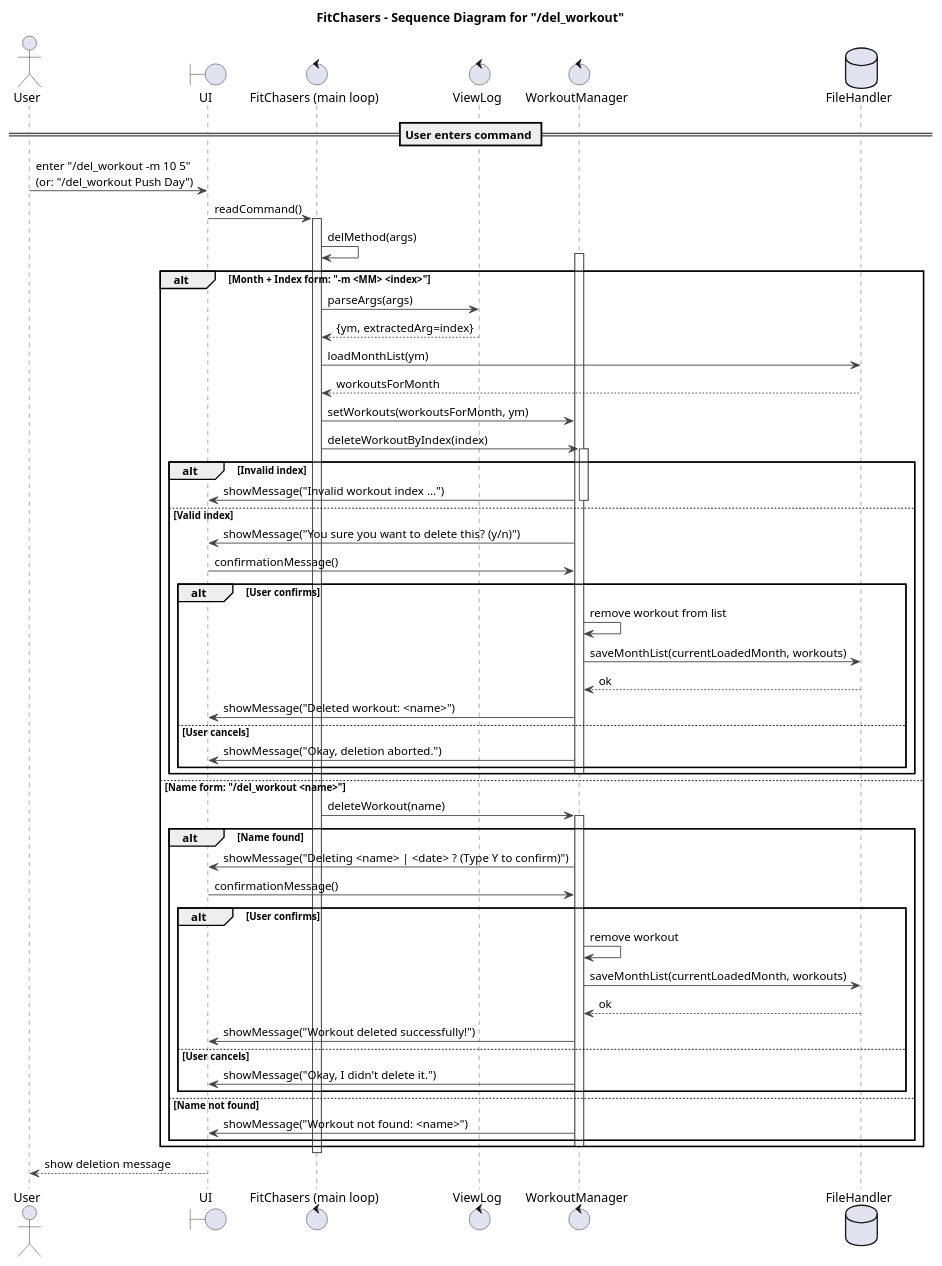
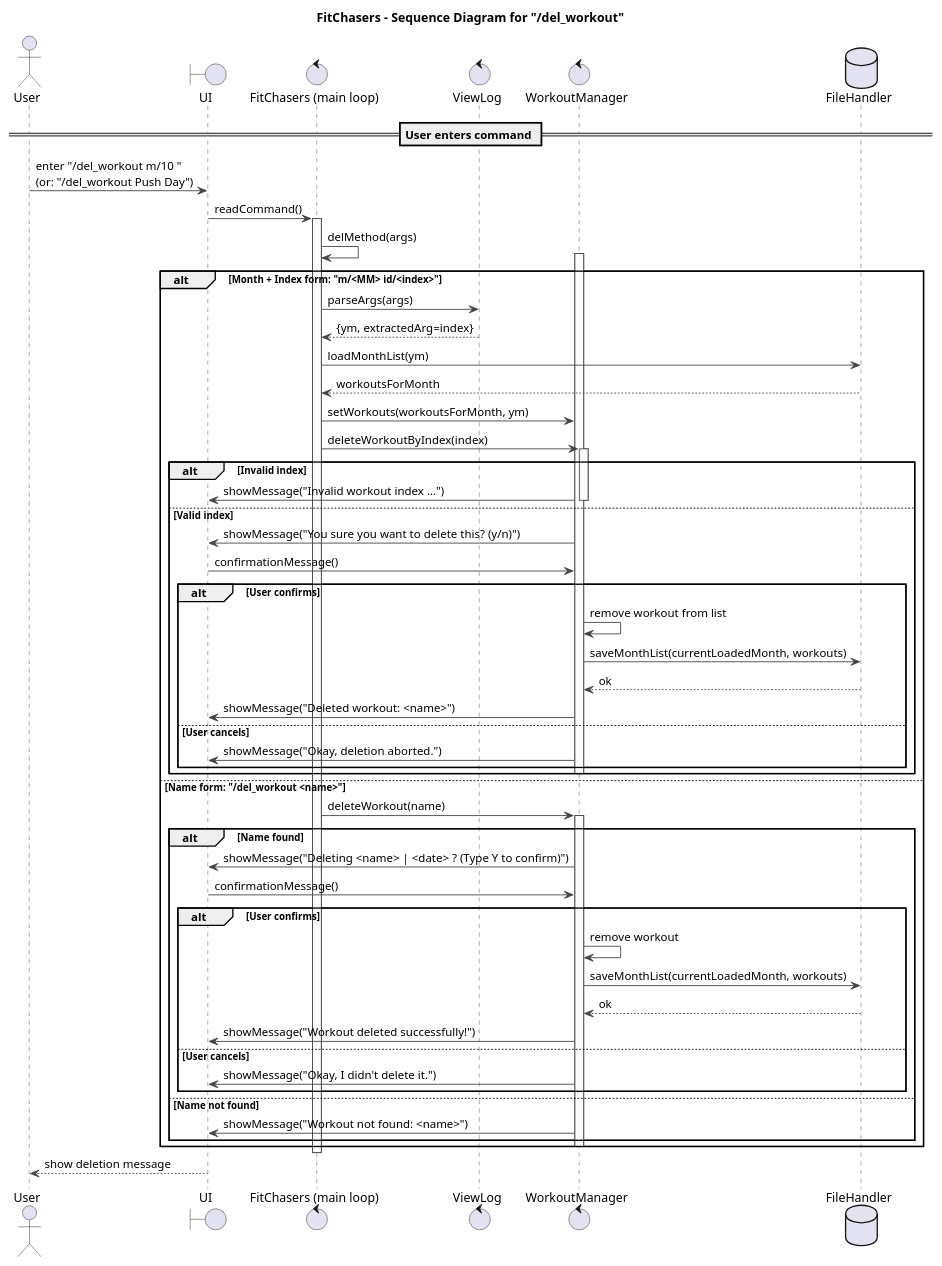
Before and after one commit to Exceptional-Khoi/tp: the diagram in docs/diagrams/UML_del_workout.puml, drawn with PlantUML.

Commit message:
Updated delete uml with new args

```diff
--- a/docs/diagrams/UML_del_workout.puml
+++ b/docs/diagrams/UML_del_workout.puml
@@ -2,87 +2,87 @@
 @startuml
 title FitChasers – Sequence Diagram for "/del_workout"
 
 skinparam shadowing false
 skinparam responseMessageBelowArrow true
 skinparam sequence {
   ArrowColor #444
   LifeLineBorderColor #444
   LifeLineBackgroundColor #FAFAFA
   ParticipantBorderColor #222
   ParticipantBackgroundColor #F7F7F7
   BoxBorderColor #AAA
   BoxBackgroundColor #FFF
   NoteBorderColor #AAA
   NoteBackgroundColor #FFF
 }
 
 actor User
 boundary UI as "UI"
 control FitChasers as "FitChasers (main loop)"
 control VL as "ViewLog"
 control WM as "WorkoutManager"
 database FH as "FileHandler"
 
 == User enters command ==
-User -> UI : enter "/del_workout -m 10 5"\n(or: "/del_workout Push Day")
+User -> UI : enter "/del_workout m/10 "\n(or: "/del_workout Push Day")
 UI -> FitChasers : readCommand()
 activate FitChasers
 
 FitChasers -> FitChasers : delMethod(args)
 activate WM #white
 
-alt Month + Index form: "-m <MM> <index>"
+alt Month + Index form: "m/<MM> id/<index>"
   FitChasers -> VL : parseArgs(args)
   VL --> FitChasers : {ym, extractedArg=index}
 
   ' load the month file and switch WM's working set
   FitChasers -> FH : loadMonthList(ym)
   FH --> FitChasers : workoutsForMonth
   FitChasers -> WM : setWorkouts(workoutsForMonth, ym)
 
   ' ask WM to delete by index
   FitChasers -> WM : deleteWorkoutByIndex(index)
   activate WM
   alt Invalid index
     WM -> UI : showMessage("Invalid workout index ...")
     deactivate WM
   else Valid index
     WM -> UI : showMessage("You sure you want to delete this? (y/n)")
     UI -> WM : confirmationMessage()
     alt User confirms
       WM -> WM : remove workout from list
       WM -> FH : saveMonthList(currentLoadedMonth, workouts)
       FH --> WM : ok
       WM -> UI : showMessage("Deleted workout: <name>")
     else User cancels
       WM -> UI : showMessage("Okay, deletion aborted.")
     end
     deactivate WM
   end
 
 else Name form: "/del_workout <name>"
   FitChasers -> WM : deleteWorkout(name)
   activate WM
   alt Name found
     WM -> UI : showMessage("Deleting <name> | <date> ? (Type Y to confirm)")
     UI -> WM : confirmationMessage()
     alt User confirms
       WM -> WM : remove workout
       WM -> FH : saveMonthList(currentLoadedMonth, workouts)
       FH --> WM : ok
       WM -> UI : showMessage("Workout deleted successfully!")
     else User cancels
       WM -> UI : showMessage("Okay, I didn't delete it.")
     end
   else Name not found
     WM -> UI : showMessage("Workout not found: <name>")
   end
   deactivate WM
 end
 
 deactivate FitChasers
 
 ' Optional: UI shows final status to User
 UI --> User : show deletion message
 
 @enduml
```
